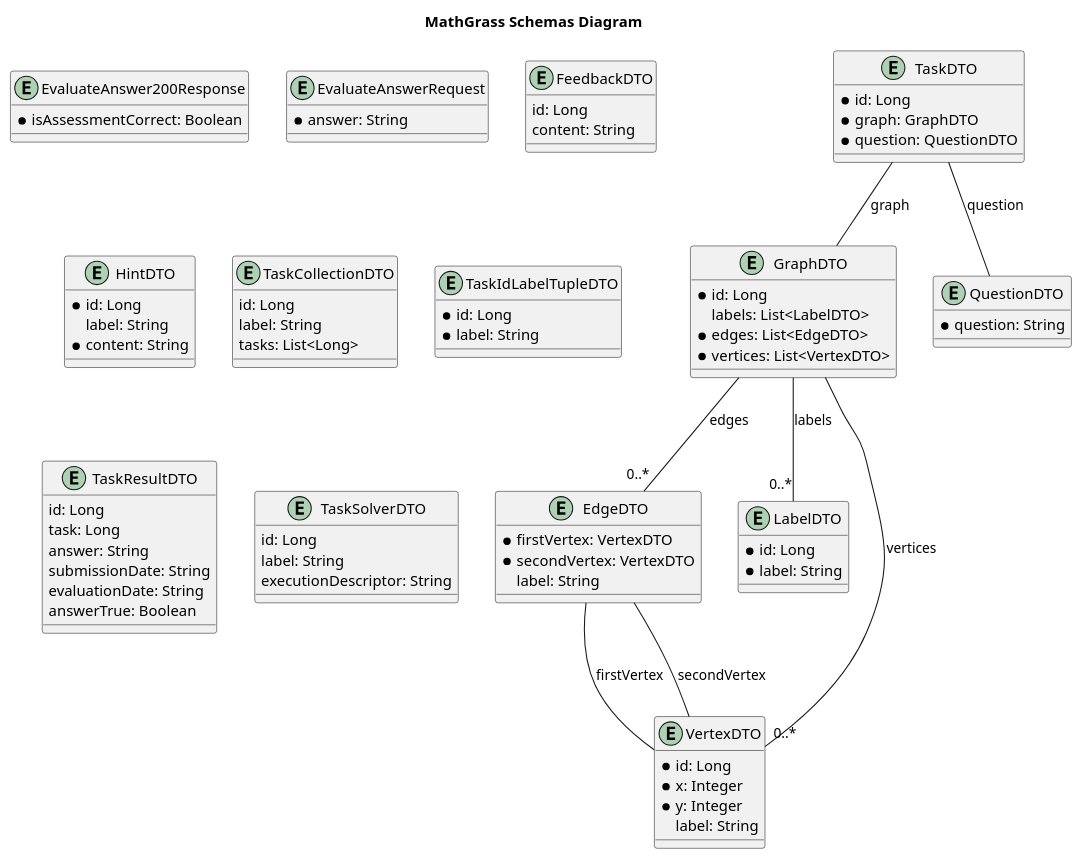
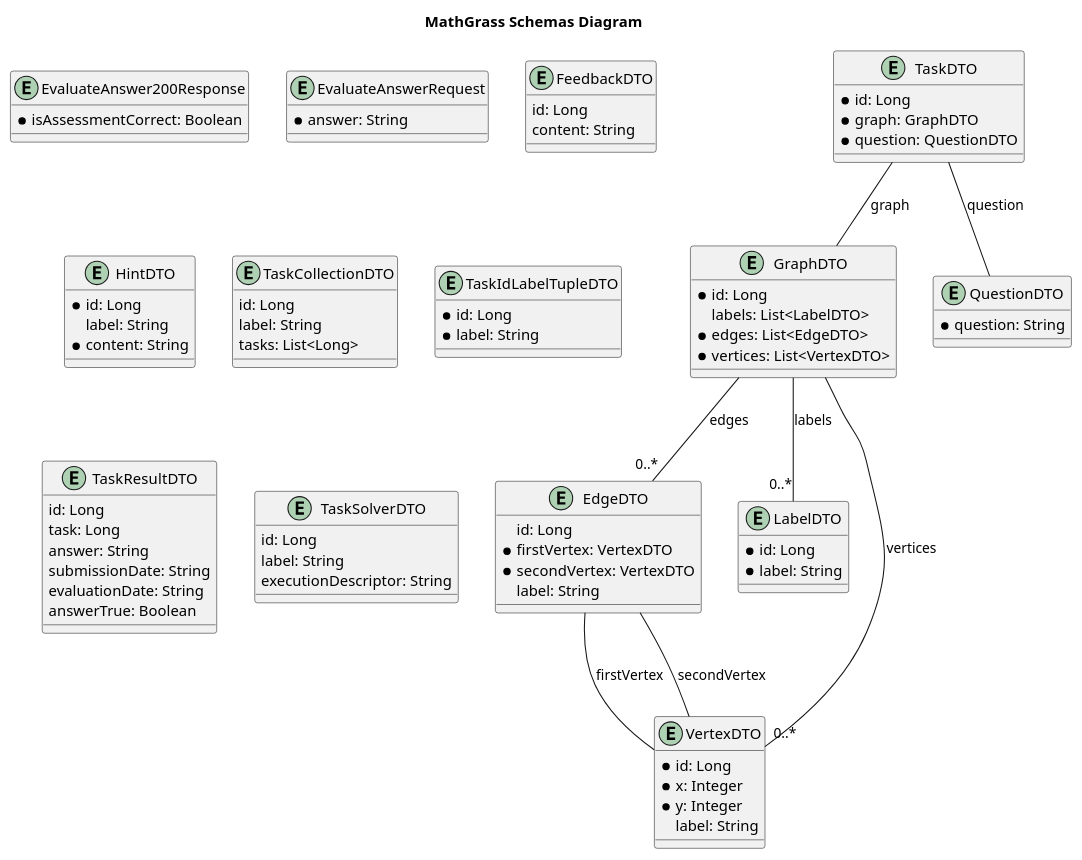
One commit to MathGrass/mathgrass-api changed the diagram in openapi-spec/schemas.plantuml. Above: the diagram before and after it, drawn with PlantUML. The commit also changed 1 other file, not shown here.

```diff
--- a/openapi-spec/schemas.plantuml
+++ b/openapi-spec/schemas.plantuml
@@ -1,94 +1,95 @@
 @startuml
 
 title MathGrass Schemas Diagram
 
 entity EdgeDTO {
+    id: Long
     * firstVertex: VertexDTO
     * secondVertex: VertexDTO
     label: String
 }
 
 entity EvaluateAnswer200Response {
     * isAssessmentCorrect: Boolean
 }
 
 entity EvaluateAnswerRequest {
     * answer: String
 }
 
 entity FeedbackDTO {
     id: Long
     content: String
 }
 
 entity GraphDTO {
     * id: Long
     labels: List<LabelDTO>
     * edges: List<EdgeDTO>
     * vertices: List<VertexDTO>
 }
 
 entity HintDTO {
     * id: Long
     label: String
     * content: String
 }
 
 entity LabelDTO {
     * id: Long
     * label: String
 }
 
 entity QuestionDTO {
     * question: String
 }
 
 entity TaskCollectionDTO {
     id: Long
     label: String
     tasks: List<Long>
 }
 
 entity TaskDTO {
     * id: Long
     * graph: GraphDTO
     * question: QuestionDTO
 }
 
 entity TaskIdLabelTupleDTO {
     * id: Long
     * label: String
 }
 
 entity TaskResultDTO {
     id: Long
     task: Long
     answer: String
     submissionDate: String
     evaluationDate: String
     answerTrue: Boolean
 }
 
 entity TaskSolverDTO {
     id: Long
     label: String
     executionDescriptor: String
 }
 
 entity VertexDTO {
     * id: Long
     * x: Integer
     * y: Integer
     label: String
 }
 
 
 GraphDTO -- "0..*" LabelDTO : labels
 GraphDTO -- "0..*" EdgeDTO : edges
 GraphDTO -- "0..*" VertexDTO : vertices
 TaskDTO -- GraphDTO : graph
 TaskDTO -- QuestionDTO : question
 EdgeDTO -- VertexDTO : firstVertex
 EdgeDTO -- VertexDTO : secondVertex
 
 @enduml
```
